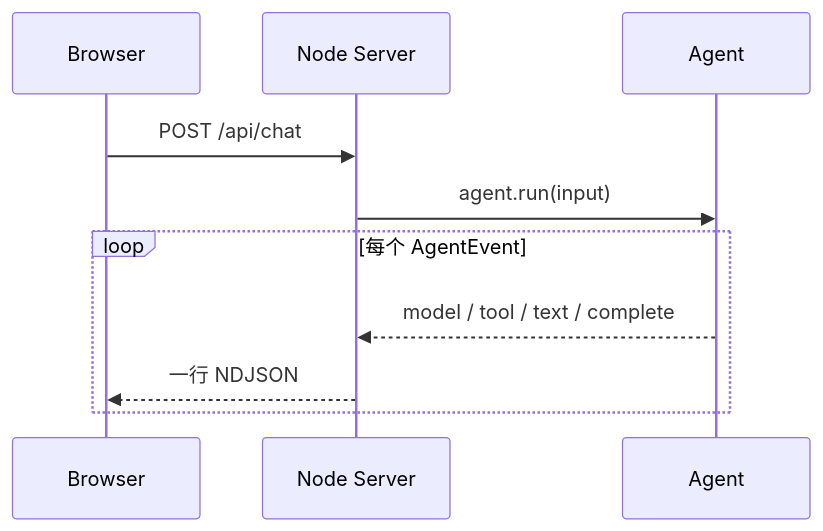
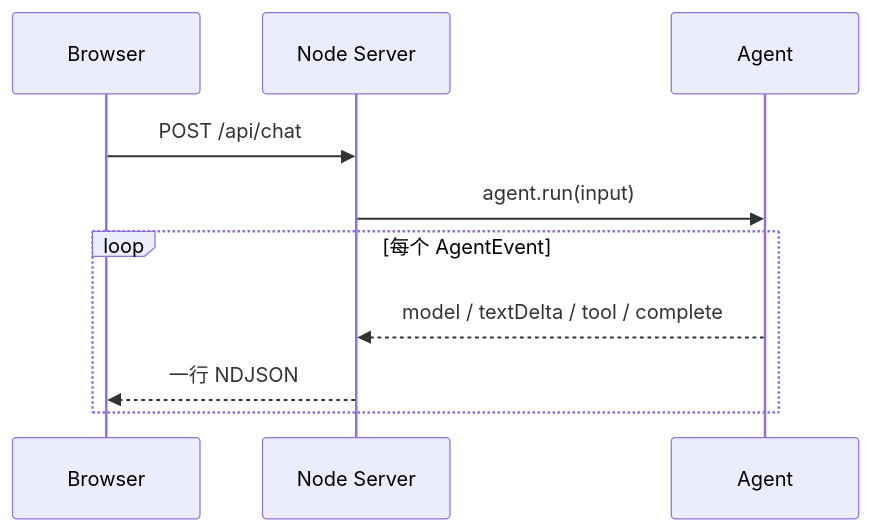
One commit to daiwk/building-agents-from-scratch changed the diagram in docs/web-ui.md. Above: the diagram before and after it, drawn with Mermaid. The commit also changed other lines of this file and 18 other files, not shown here.

````diff
--- a/docs/web-ui.md
+++ b/docs/web-ui.md
@@ -15,12 +15,12 @@
 ```mermaid
 sequenceDiagram
     participant B as Browser
     participant S as Node Server
     participant A as Agent
     B->>S: POST /api/chat
     S->>A: agent.run(input)
     loop 每个 AgentEvent
-        A-->>S: model / tool / text / complete
+        A-->>S: model / textDelta / tool / complete
         S-->>B: 一行 NDJSON
     end
 ```
````
